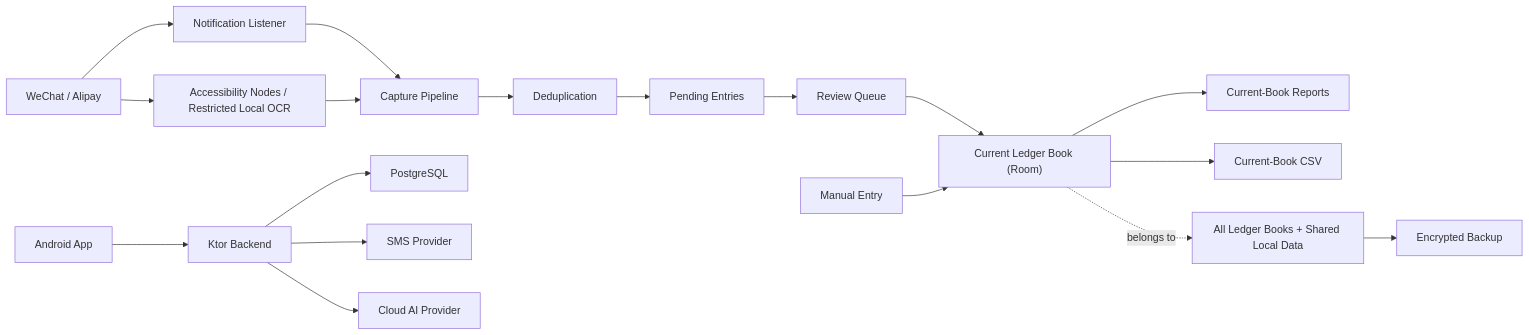
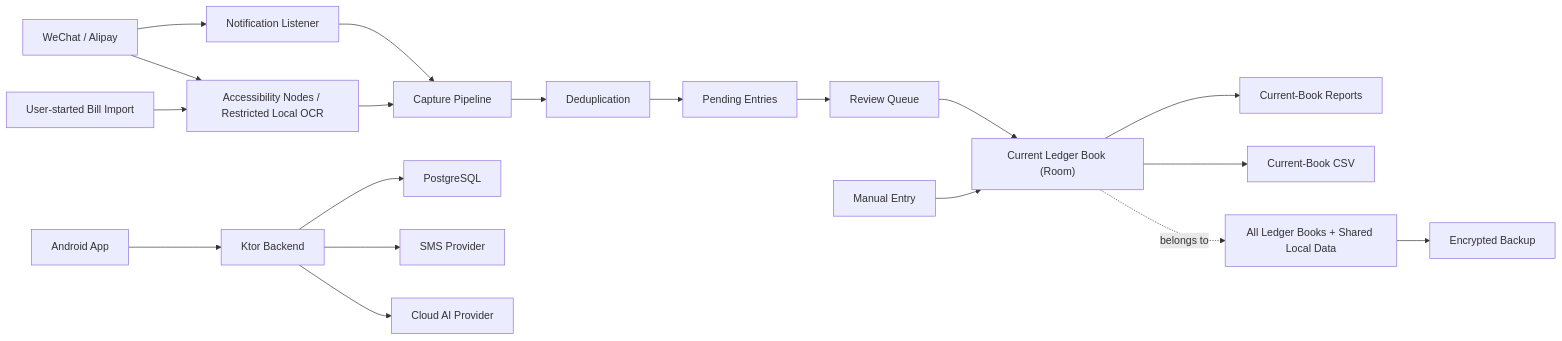
Before and after one commit to arfa069/auto-accounting: the diagram in docs/ARCHITECTURE.md, drawn with Mermaid. The commit also changed other lines of this file and 30 other files, not shown here.

Commit message:
feat: improve bill import and OCR capture

````diff
--- a/docs/ARCHITECTURE.md
+++ b/docs/ARCHITECTURE.md
@@ -9,20 +9,21 @@
 ```mermaid
 flowchart LR
   WeChat["WeChat / Alipay"] --> Notify["Notification Listener"]
   WeChat --> A11y["Accessibility Nodes / Restricted Local OCR"]
+  Import["User-started Bill Import"] --> A11y
   Notify --> Capture["Capture Pipeline"]
   A11y --> Capture
   Capture --> Dedupe["Deduplication"]
   Dedupe --> Pending["Pending Entries"]
   Pending --> Review["Review Queue"]
   Review --> Ledger["Current Ledger Book (Room)"]
   Manual["Manual Entry"] --> Ledger
   Ledger --> Reports["Current-Book Reports"]
   Ledger --> CSV["Current-Book CSV"]
   Books["All Ledger Books + Shared Local Data"] --> Backup["Encrypted Backup"]
   Ledger -. "belongs to" .-> Books
   App["Android App"] --> Backend["Ktor Backend"]
   Backend --> PG["PostgreSQL"]
   Backend --> SMS["SMS Provider"]
   Backend --> AI["Cloud AI Provider"]
 ```
````
